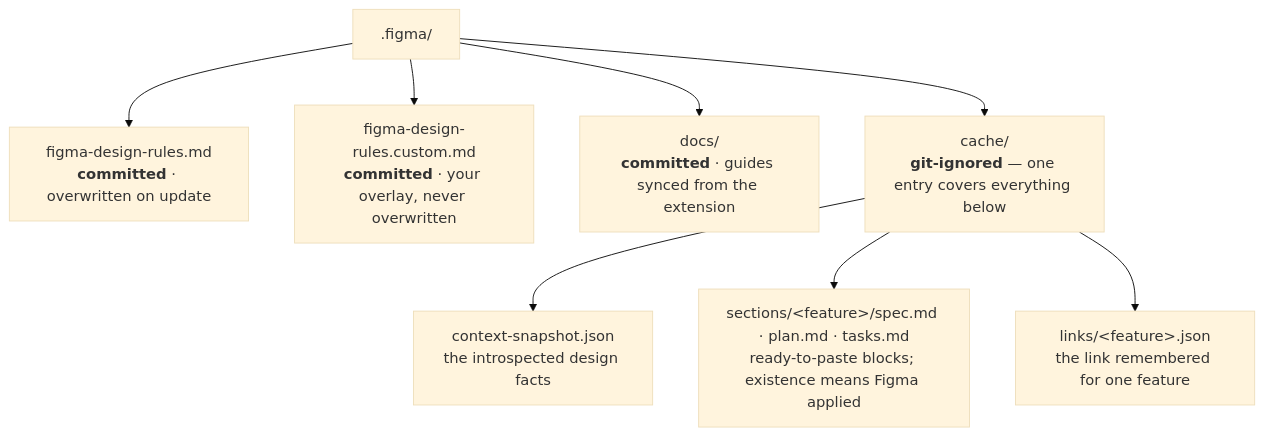
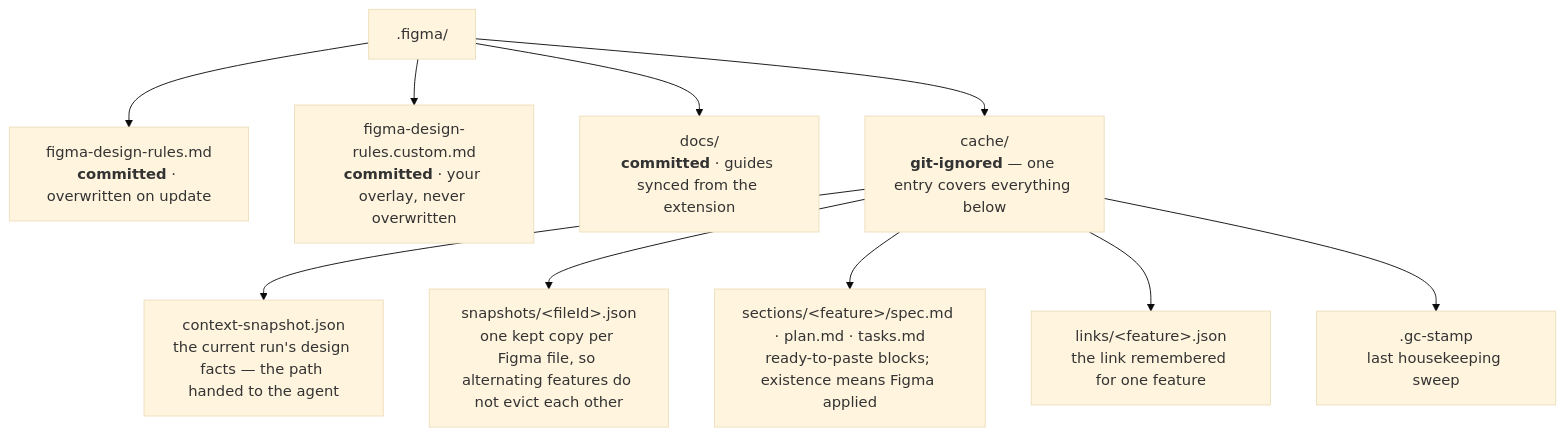
Before and after one commit to Fyloss/spec-kit-figma: diagram 11 of 11 in docs/ARCHITECTURE.md, drawn with Mermaid (base theme). The commit also changed other lines of this file and 12 other files, not shown here.

````diff
--- a/docs/ARCHITECTURE.md
+++ b/docs/ARCHITECTURE.md
@@ -438,12 +438,14 @@
 ```mermaid
 flowchart TD
     Root[".figma/"]
     Root --> Rules["figma-design-rules.md<br><b>committed</b> · overwritten on update"]
     Root --> Custom["figma-design-rules.custom.md<br><b>committed</b> · your overlay, never overwritten"]
     Root --> Guides["docs/<br><b>committed</b> · guides synced from the extension"]
     Root --> Cache["cache/<br><b>git-ignored</b> — one entry covers everything below"]
 
-    Cache --> Snap["context-snapshot.json<br>the introspected design facts"]
+    Cache --> Snap["context-snapshot.json<br>the current run's design facts — the path handed to the agent"]
+    Cache --> Store["snapshots/&lt;fileId&gt;.json<br>one kept copy per Figma file, so alternating features do not evict each other"]
     Cache --> Sec["sections/&lt;feature&gt;/spec.md · plan.md · tasks.md<br>ready-to-paste blocks; existence means Figma applied"]
     Cache --> Links["links/&lt;feature&gt;.json<br>the link remembered for one feature"]
+    Cache --> Stamp[".gc-stamp<br>last housekeeping sweep"]
 ```
````
